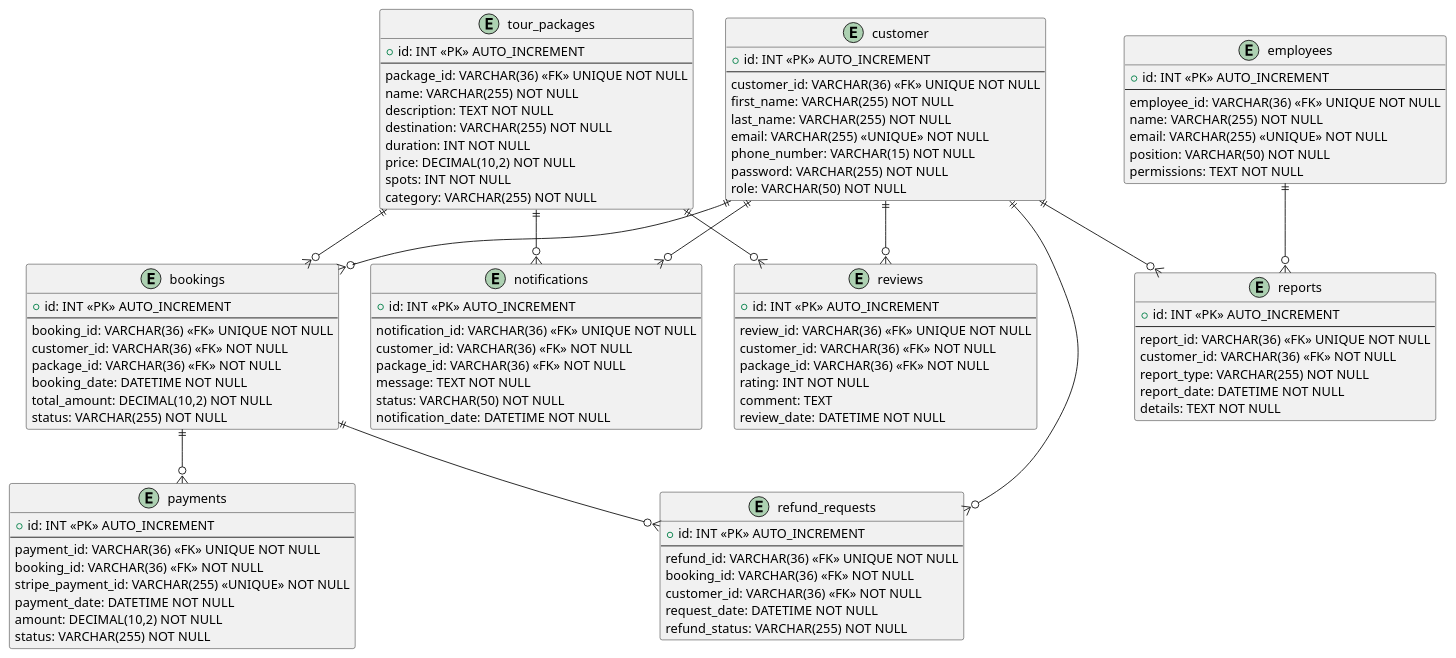
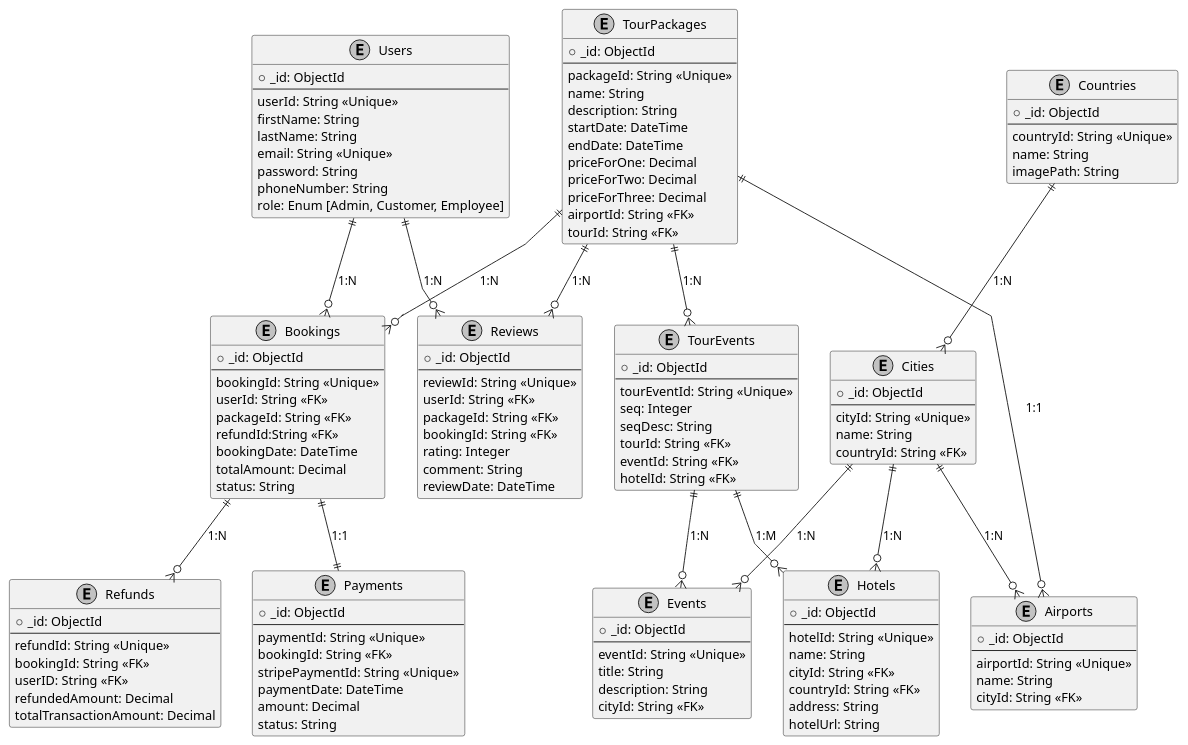
Before and after one commit to Hares-2088/TravelTrove: the diagram in diagrams/C4_l3/C4_l3_database.puml, drawn with PlantUML. The commit also changed 11 other files, not shown here.

Commit message:
added new diagrams

```diff
--- a/diagrams/C4_l3/C4_l3_database.puml
+++ b/diagrams/C4_l3/C4_l3_database.puml
@@ -1,120 +1,165 @@
 @startuml
-
+skinparam linetype polyline
+skinparam monochrome true
 skinparam entity {
     BackgroundColor #DDEEFF
     BorderColor #3366CC
     FontColor Black
 }
 
-entity "tour_packages" as tour_packages {
-    + id: INT <<PK>> AUTO_INCREMENT
+' Entities
+entity "Users" as Users {
+    + _id: ObjectId
     --
-    package_id: VARCHAR(36) <<FK>> UNIQUE NOT NULL
-    name: VARCHAR(255) NOT NULL
-    description: TEXT NOT NULL
-    destination: VARCHAR(255) NOT NULL
-    duration: INT NOT NULL
-    price: DECIMAL(10,2) NOT NULL
-    spots: INT NOT NULL
-    category: VARCHAR(255) NOT NULL
+    userId: String <<Unique>>
+    firstName: String
+    lastName: String
+    email: String <<Unique>>
+    password: String
+    phoneNumber: String
+    role: Enum [Admin, Customer, Employee]
 }
 
-entity "bookings" as bookings {
-    + id: INT <<PK>> AUTO_INCREMENT
+entity "TourPackages" as TourPackages {
+    + _id: ObjectId
     --
-    booking_id: VARCHAR(36) <<FK>> UNIQUE NOT NULL
-    customer_id: VARCHAR(36) <<FK>> NOT NULL
-    package_id: VARCHAR(36) <<FK>> NOT NULL
-    booking_date: DATETIME NOT NULL
-    total_amount: DECIMAL(10,2) NOT NULL
-    status: VARCHAR(255) NOT NULL
+    packageId: String <<Unique>>
+    name: String
+    description: String
+    startDate: DateTime
+    endDate: DateTime
+    priceForOne: Decimal
+    priceForTwo: Decimal
+    priceForThree: Decimal
+    airportId: String <<FK>>
+    tourId: String <<FK>>
 }
 
-entity "customer" as customer {
-    + id: INT <<PK>> AUTO_INCREMENT
+entity "Bookings" as Bookings {
+    + _id: ObjectId
     --
-    customer_id: VARCHAR(36) <<FK>> UNIQUE NOT NULL
-    first_name: VARCHAR(255) NOT NULL
-    last_name: VARCHAR(255) NOT NULL
-    email: VARCHAR(255) <<UNIQUE>> NOT NULL
-    phone_number: VARCHAR(15) NOT NULL
-    password: VARCHAR(255) NOT NULL
-    role: VARCHAR(50) NOT NULL
+    bookingId: String <<Unique>>
+    userId: String <<FK>>
+    packageId: String <<FK>>
+    refundId:String <<FK>>
+    bookingDate: DateTime
+    totalAmount: Decimal
+    status: String
 }
 
-entity "notifications" as notifications {
-    + id: INT <<PK>> AUTO_INCREMENT
+entity "Refunds" as Refunds {
+    + _id: ObjectId
     --
-    notification_id: VARCHAR(36) <<FK>> UNIQUE NOT NULL
-    customer_id: VARCHAR(36) <<FK>> NOT NULL
-    package_id: VARCHAR(36) <<FK>> NOT NULL
-    message: TEXT NOT NULL
-    status: VARCHAR(50) NOT NULL
-    notification_date: DATETIME NOT NULL
+    refundId: String <<Unique>>
+    bookingId: String <<FK>>
+    userID: String <<FK>>
+    refundedAmount: Decimal
+    totalTransactionAmount: Decimal
 }
 
-entity "refund_requests" as refund_requests {
-    + id: INT <<PK>> AUTO_INCREMENT
+entity "Payments" as Payments {
+    + _id: ObjectId
     --
-    refund_id: VARCHAR(36) <<FK>> UNIQUE NOT NULL
-    booking_id: VARCHAR(36) <<FK>> NOT NULL
-    customer_id: VARCHAR(36) <<FK>> NOT NULL
-    request_date: DATETIME NOT NULL
-    refund_status: VARCHAR(255) NOT NULL
+    paymentId: String <<Unique>>
+    bookingId: String <<FK>>
+    stripePaymentId: String <<Unique>>
+    paymentDate: DateTime
+    amount: Decimal
+    status: String
 }
 
-entity "reports" as reports {
-    + id: INT <<PK>> AUTO_INCREMENT
+entity "Reviews" as Reviews {
+    + _id: ObjectId
     --
-    report_id: VARCHAR(36) <<FK>> UNIQUE NOT NULL
-    customer_id: VARCHAR(36) <<FK>> NOT NULL
-    report_type: VARCHAR(255) NOT NULL
-    report_date: DATETIME NOT NULL
-    details: TEXT NOT NULL
+    reviewId: String <<Unique>>
+    userId: String <<FK>>
+    packageId: String <<FK>>
+    bookingId: String <<FK>>
+    rating: Integer
+    comment: String
+    reviewDate: DateTime
 }
 
-entity "employees" as employees {
-    + id: INT <<PK>> AUTO_INCREMENT
+entity "Hotels" as Hotels {
+    + _id: ObjectId
     --
-    employee_id: VARCHAR(36) <<FK>> UNIQUE NOT NULL
-    name: VARCHAR(255) NOT NULL
-    email: VARCHAR(255) <<UNIQUE>> NOT NULL
-    position: VARCHAR(50) NOT NULL
-    permissions: TEXT NOT NULL
+    hotelId: String <<Unique>>
+    name: String
+    cityId: String <<FK>>
+    countryId: String <<FK>>
+    address: String
+    hotelUrl: String
 }
 
-entity "payments" as payments {
-    + id: INT <<PK>> AUTO_INCREMENT
+entity "Airports" as Airports {
+    + _id: ObjectId
     --
-    payment_id: VARCHAR(36) <<FK>> UNIQUE NOT NULL
-    booking_id: VARCHAR(36) <<FK>> NOT NULL
-    stripe_payment_id: VARCHAR(255) <<UNIQUE>> NOT NULL
-    payment_date: DATETIME NOT NULL
-    amount: DECIMAL(10,2) NOT NULL
-    status: VARCHAR(255) NOT NULL
+    airportId: String <<Unique>>
+    name: String
+    cityId: String <<FK>>
 }
 
-entity "reviews" as reviews {
-    + id: INT <<PK>> AUTO_INCREMENT
+entity "Cities" as Cities {
+    + _id: ObjectId
     --
-    review_id: VARCHAR(36) <<FK>> UNIQUE NOT NULL
-    customer_id: VARCHAR(36) <<FK>> NOT NULL
-    package_id: VARCHAR(36) <<FK>> NOT NULL
-    rating: INT NOT NULL
-    comment: TEXT
-    review_date: DATETIME NOT NULL
+    cityId: String <<Unique>>
+    name: String
+    countryId: String <<FK>>
 }
 
-tour_packages ||--o{ bookings
-customer ||--o{ bookings
-customer ||--o{ notifications
-tour_packages ||--o{ notifications
-bookings ||--o{ refund_requests
-customer ||--o{ refund_requests
-customer ||--o{ reports
-employees ||--o{ reports
-bookings ||--o{ payments
-customer ||--o{ reviews
-tour_packages ||--o{ reviews
+entity "Countries" as Countries {
+    + _id: ObjectId
+    --
+    countryId: String <<Unique>>
+    name: String
+    imagePath: String
+}
+
+entity "Events" as Events {
+    + _id: ObjectId
+    --
+    eventId: String <<Unique>>
+    title: String
+    description: String
+    cityId: String <<FK>>
+}
+
+entity "TourEvents" as TourEvents {
+    + _id: ObjectId
+    --
+    tourEventId: String <<Unique>>
+    seq: Integer
+    seqDesc: String
+    tourId: String <<FK>>
+    eventId: String <<FK>>
+    hotelId: String <<FK>>
+}
+
+'entity "EventImages" as EventImages {
+'    + _id: ObjectId
+'    --
+'    eventImageId: String <<Unique>>
+'    eventId: String <<FK>>
+'    seq: Integer
+'    imagePath: String
+'    description: String
+'}
+
+' Relationships
+Users ||--o{ Bookings : "1:N"
+Users ||--o{ Reviews : "1:N"
+TourPackages ||--o{ Bookings : "1:N"
+TourPackages ||--o{ Reviews : "1:N"
+Bookings ||--|| Payments : "1:1"
+Cities ||--o{ Hotels : "1:N"
+Cities ||--o{ Airports : "1:N"
+Countries ||--o{ Cities : "1:N"
+'Events ||--o{ EventImages : "1:N"
+Cities ||--o{ Events : "1:N"
+TourPackages ||--o{ Airports : "1:1"
+TourPackages ||--o{ TourEvents : "1:N"
+TourEvents ||--o{ Events : "1:N"
+TourEvents ||--o{ Hotels : "1:M"
+"Bookings" ||--o{ "Refunds" : "1:N"
 
 @enduml
```
